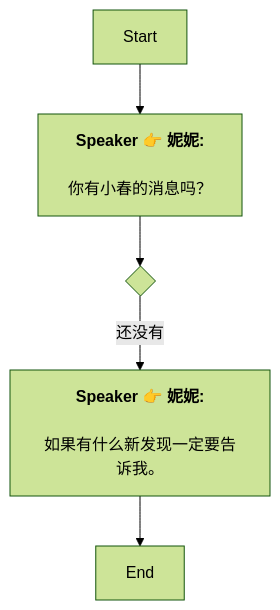
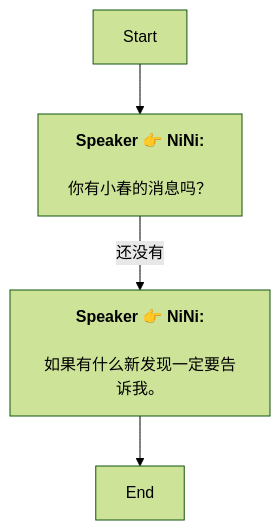
The diagram in Zh/Dialog_55189291498531.md (SoftHu/tos_avg), drawn with Mermaid (forest theme) before and after one commit. The commit also changed 737 other files, not shown here.

````diff
--- a/Zh/Dialog_55189291498531.md
+++ b/Zh/Dialog_55189291498531.md
@@ -1,12 +1,9 @@
 ```mermaid
 graph
-Start -->1766057365595963[<b>Speaker 👉 妮妮:</b>
-
-你有小春的消息吗？]
-1766057365595963 -->1766057365596989{ }
-1766057365596989 -->|还没有|1766057365596990[<b>Speaker 👉 妮妮:</b>
-
-如果有什么新发现一定要告诉我。]
+Start -->1766057365595963[<b>Speaker 👉 NiNi:</b>
+\n你有小春的消息吗？]
+1766057365595963 -->|还没有|1766057365596990[<b>Speaker 👉 NiNi:</b>
+\n如果有什么新发现一定要告诉我。]
 1766057365596990 -->1766057365598015[End]
 
- ```
+```
````
